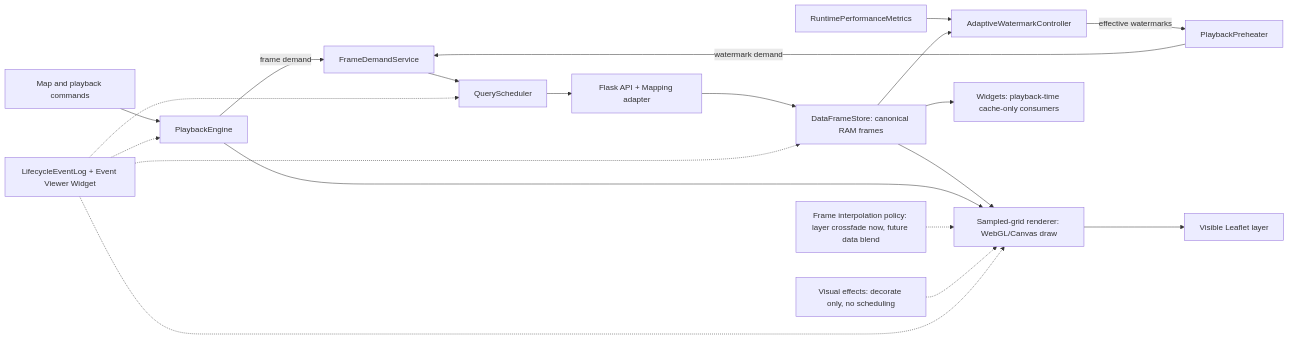
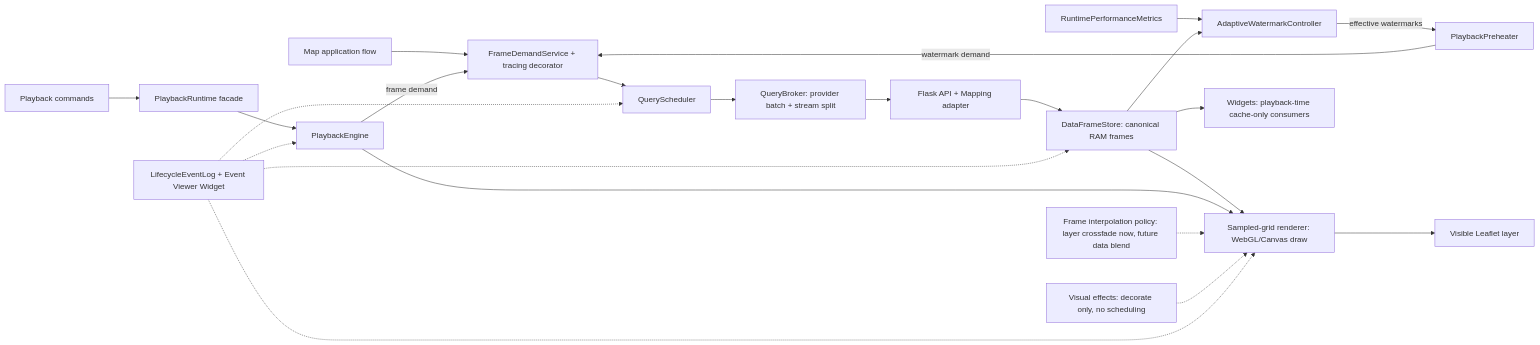
Before and after one commit to Kagamihara-Ruruka/gfw-flask-mysql-adapter: the second of 5 diagrams in README.md, drawn with Mermaid. The commit also changed other lines of this file and 89 other files, not shown here.

Commit message:
Converge runtime mapping query and cache ownership

````diff
--- a/README.md
+++ b/README.md
@@ -256,22 +262,25 @@
 ```mermaid
 flowchart LR
-  UI["Map and playback commands"] --> Engine["PlaybackEngine"]
-  Engine -->|"frame demand"| Demand["FrameDemandService"]
+  UI["Playback commands"] --> Runtime["PlaybackRuntime facade"]
+  Runtime --> Engine["PlaybackEngine"]
+  MapApp["Map application flow"] --> Demand["FrameDemandService + tracing decorator"]
+  Engine -->|"frame demand"| Demand
   Preheater["PlaybackPreheater"] -->|"watermark demand"| Demand
   Metrics["RuntimePerformanceMetrics"] --> Watermark["AdaptiveWatermarkController"]
   Store --> Watermark
   Watermark -->|"effective watermarks"| Preheater
   Demand --> Scheduler["QueryScheduler"]
-  Scheduler --> Adapter["Flask API + Mapping adapter"]
+  Scheduler --> Broker["QueryBroker: provider batch + stream split"]
+  Broker --> Adapter["Flask API + Mapping adapter"]
   Adapter --> Store["DataFrameStore: canonical RAM frames"]
   Store --> Renderer["Sampled-grid renderer: WebGL/Canvas draw"]
   Store --> Widgets["Widgets: playback-time cache-only consumers"]
   Engine --> Renderer
   Interp["Frame interpolation policy: layer crossfade now, future data blend"] -.-> Renderer
   Effects["Visual effects: decorate only, no scheduling"] -.-> Renderer
   Renderer --> Map["Visible Leaflet layer"]
   Events["LifecycleEventLog + Event Viewer Widget"] -.-> Engine
   Events -.-> Scheduler
   Events -.-> Store
   Events -.-> Renderer
 ```
````
